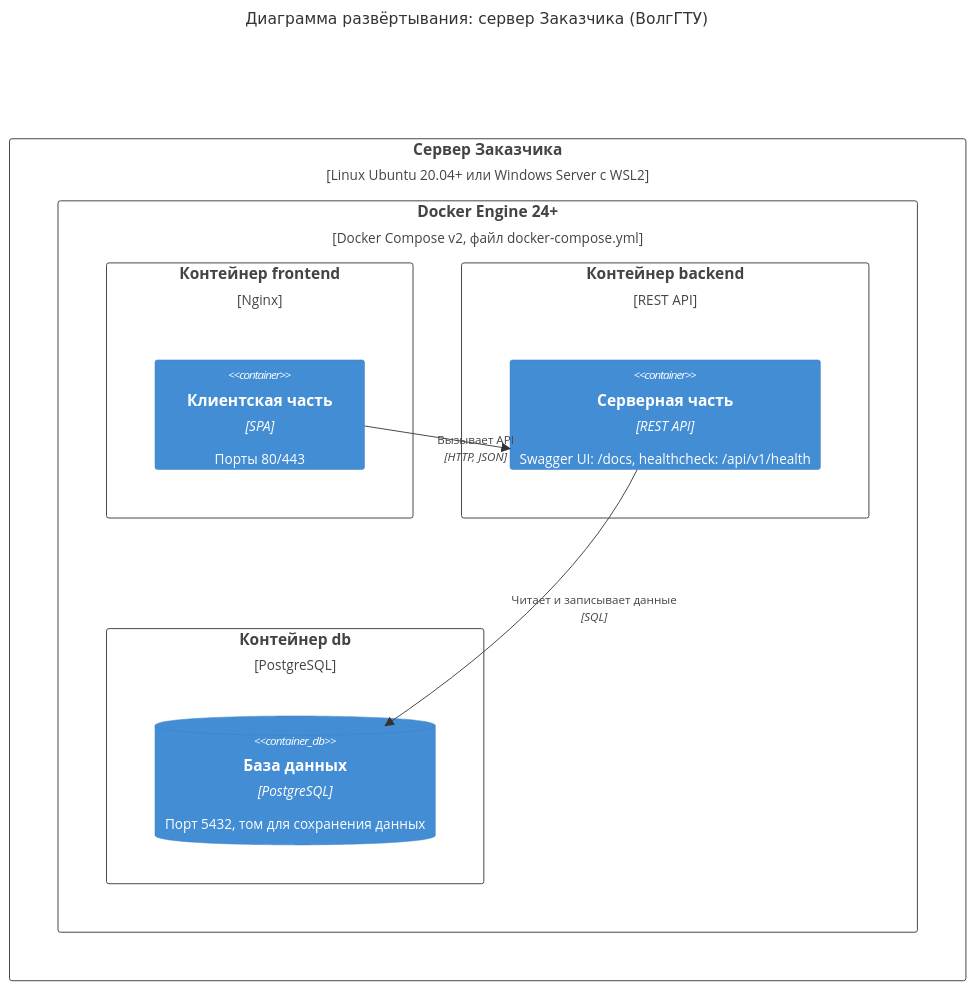
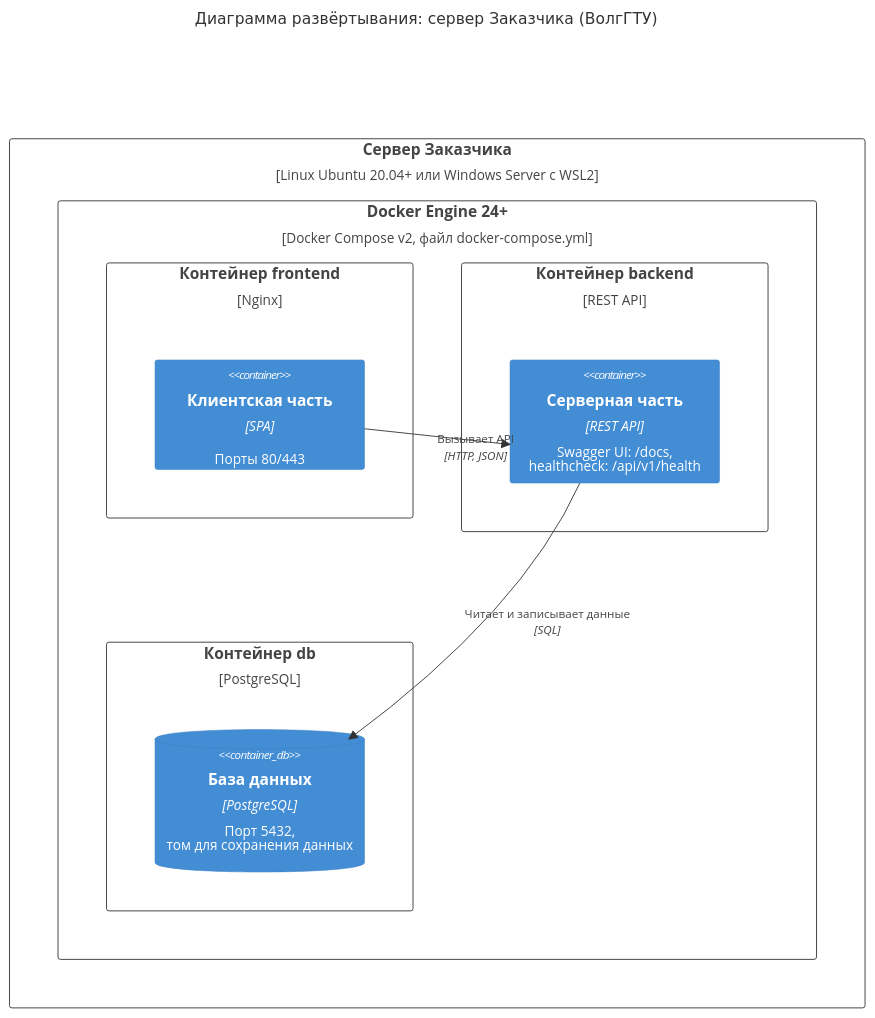
The fourth of 4 diagrams in docs/C4 model.md (pozhilaya-shinshilla/Learning-Materials-Management-Software), drawn with Mermaid before and after one commit. The commit also changed other lines of this file, not shown here.

````diff
--- a/docs/C4 model.md
+++ b/docs/C4 model.md
@@ -111,21 +111,21 @@
 ```mermaid
 C4Deployment
     title Диаграмма развёртывания: сервер Заказчика (ВолгГТУ)
 
     Deployment_Node(server, "Сервер Заказчика", "Linux Ubuntu 20.04+ или Windows Server с WSL2") {
         Deployment_Node(docker, "Docker Engine 24+", "Docker Compose v2, файл docker-compose.yml") {
             Deployment_Node(feNode, "Контейнер frontend", "Nginx") {
                 Container(frontend, "Клиентская часть", "SPA", "Порты 80/443")
             }
             Deployment_Node(beNode, "Контейнер backend", "REST API") {
-                Container(backend, "Серверная часть", "REST API", "Swagger UI: /docs, healthcheck: /api/v1/health")
+                Container(backend, "Серверная часть", "REST API", "Swagger UI: /docs,<br/>healthcheck: /api/v1/health")
             }
             Deployment_Node(dbNode, "Контейнер db", "PostgreSQL") {
-                ContainerDb(db, "База данных", "PostgreSQL", "Порт 5432, том для сохранения данных")
+                ContainerDb(db, "База данных", "PostgreSQL", "Порт 5432,<br/>том для сохранения данных")
             }
         }
     }
 
     Rel(frontend, backend, "Вызывает API", "HTTP, JSON")
     Rel(backend, db, "Читает и записывает данные", "SQL")
 ```
````
